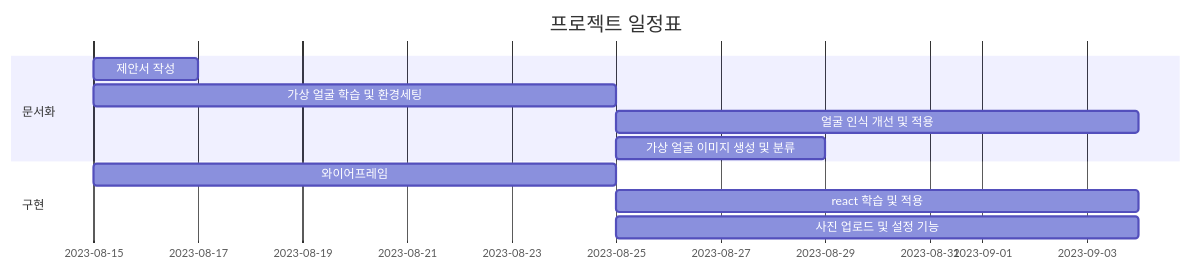
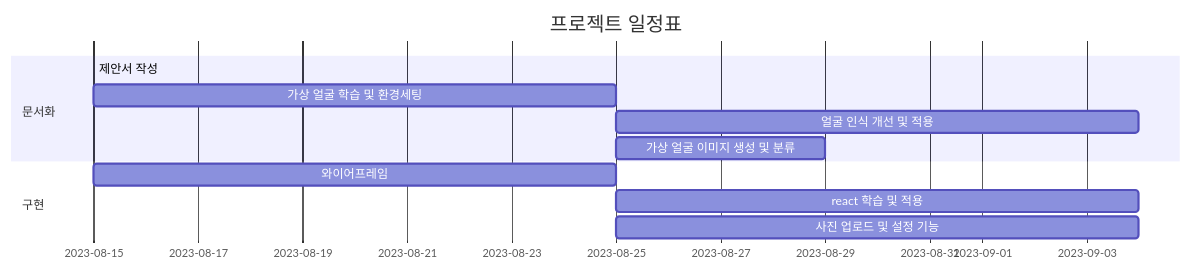
Before and after one commit to mmingu/mmingu: the diagram in README.md, drawn with Mermaid.

````diff
--- a/README.md
+++ b/README.md
@@ -5,16 +5,16 @@
 ```mermaid
 gantt
     title 프로젝트 일정표
     dateFormat  YYYY-MM-DD
     section 문서화
-    제안서 작성  : a0.5, 2023-08-15, 2d
+    제안서 작성  : a0.5, 2023-08-15,2023-08-29 2d
     가상 얼굴 학습 및 환경세팅  : 2023-08-15, 10d
     얼굴 인식 개선 및 적용 : after a1, 10d
     가상 얼굴 이미지 생성 및 분류 : after a1, 4d
 
     section 구현 
     와이어프레임     :a1,2023-08-15, 10d
     react 학습 및 적용 : after a1,  10d
     사진 업로드 및 설정 기능 :after a1 , 10d
 
 ```
````
